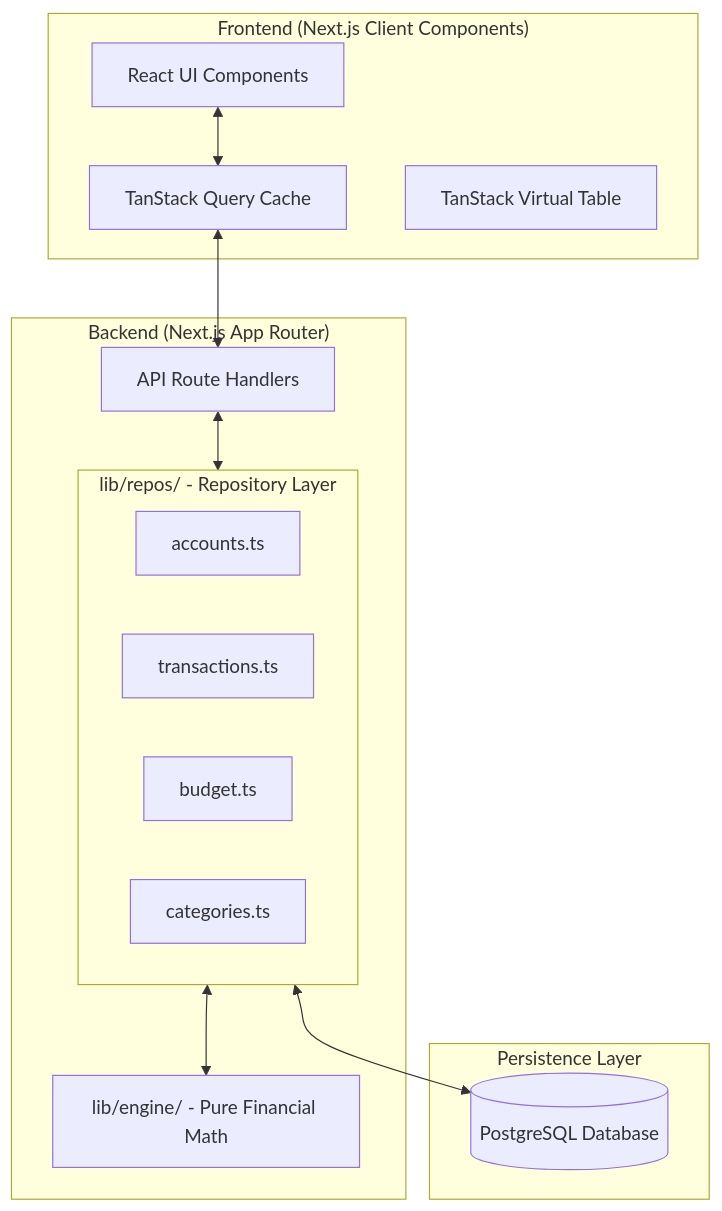
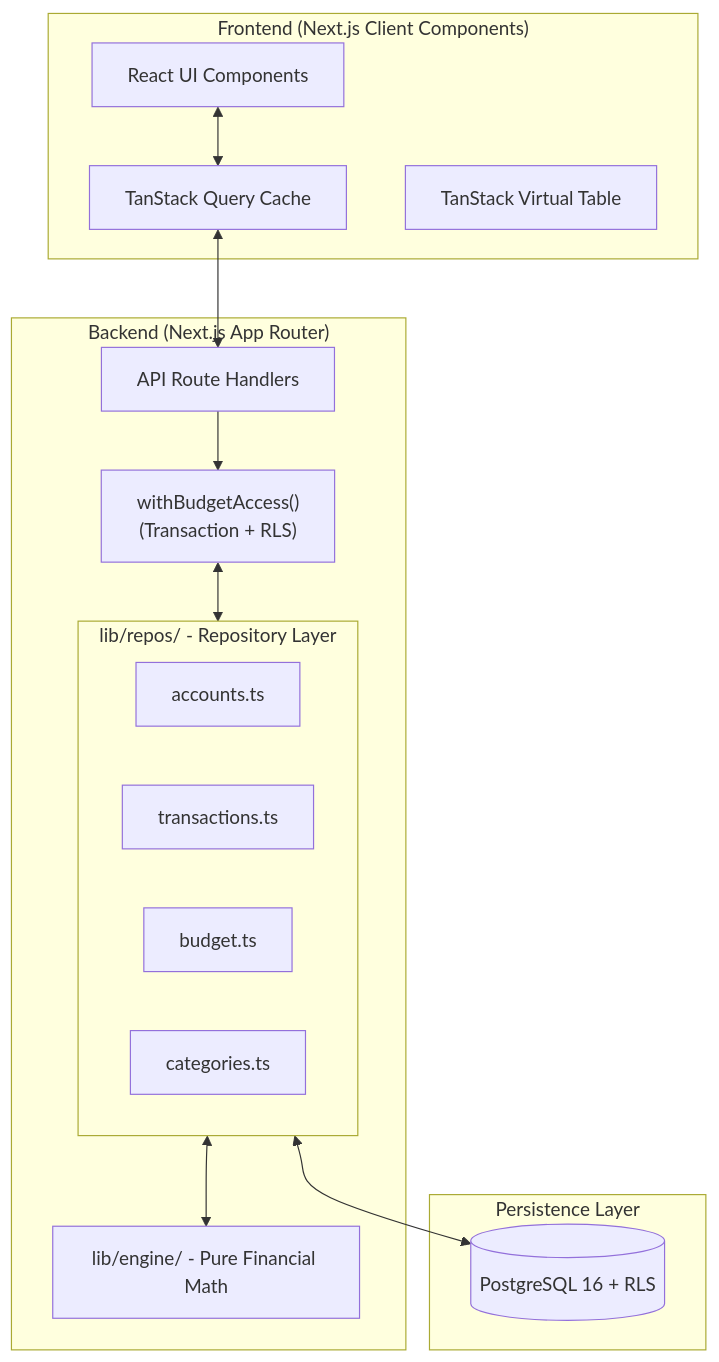
One commit to camilopiedra92/YNAB-Clone changed the first of 2 diagrams in docs/architecture.md. Above: the diagram before and after it, drawn with Mermaid. The commit also changed other lines of this file and 13 other files, not shown here.

````diff
--- a/docs/architecture.md
+++ b/docs/architecture.md
@@ -9,29 +9,31 @@
 ```mermaid
 graph TD
     subgraph Client ["Frontend (Next.js Client Components)"]
         UI[React UI Components]
         RQ[TanStack Query Cache]
         VTR[TanStack Virtual Table]
     end
 
     subgraph Server ["Backend (Next.js App Router)"]
         API[API Route Handlers]
+        WBA["withBudgetAccess()\n(Transaction + RLS)"]
         subgraph Repos ["lib/repos/ - Repository Layer"]
             ACCT[accounts.ts]
             TXN[transactions.ts]
             BUD[budget.ts]
             CAT[categories.ts]
         end
         ENGINE[lib/engine/ - Pure Financial Math]
     end
 
     subgraph Storage ["Persistence Layer"]
-        PG[(PostgreSQL Database)]
+        PG[(PostgreSQL 16 + RLS)]
     end
 
     UI <--> RQ
     RQ <--> API
-    API <--> Repos
+    API --> WBA
+    WBA <--> Repos
     Repos <--> ENGINE
     Repos <--> PG
 ```
````
